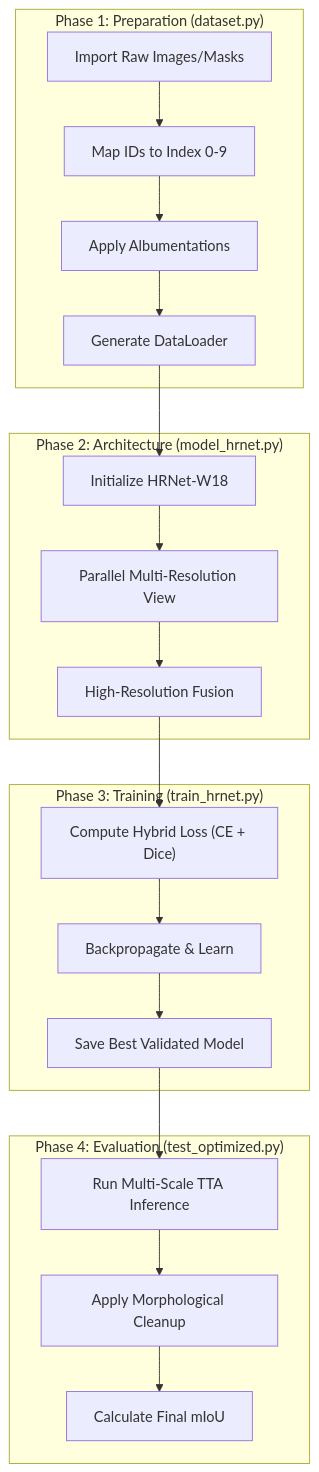
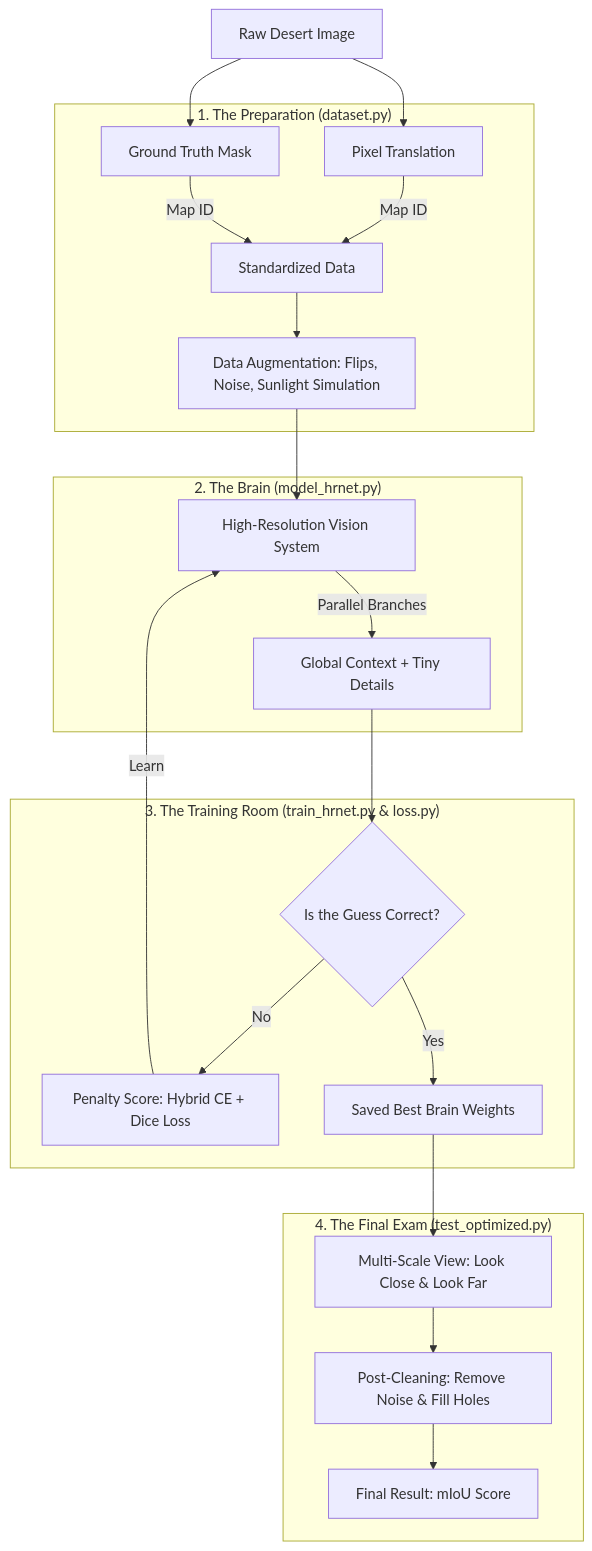
Before and after one commit to Bit-Blitz/Falcon-Segmentation-Model: the diagram in README.md, drawn with Mermaid. The commit also changed other lines of this file, not shown here.

Commit message:
manual update to flowchart in README

````diff
--- a/README.md
+++ b/README.md
@@ -19,26 +19,29 @@
 ```mermaid
 graph TD
-    subgraph "Phase 1: Preparation (dataset.py)"
-        A1["Import Raw Images/Masks"] --> A2["Map IDs to Index 0-9"]
-        A2 --> A3["Apply Albumentations"]
-        A3 --> A4["Generate DataLoader"]
+    A[Raw Desert Image] --> B[Pixel Translation]
+    A --> C[Ground Truth Mask]
+    
+    subgraph "1. The Preparation (dataset.py)"
+    B -->|Map ID | D[Standardized Data]
+    C -->|Map ID | D
+    D --> E[Data Augmentation: Flips, Noise, Sunlight Simulation]
     end
 
-    subgraph "Phase 2: Architecture (model_hrnet.py)"
-        A4 --> B1["Initialize HRNet-W18"]
-        B1 --> B2["Parallel Multi-Resolution View"]
-        B2 --> B3["High-Resolution Fusion"]
+    subgraph "2. The Brain (model_hrnet.py)"
+    E --> F[High-Resolution Vision System]
+    F -->|Parallel Branches| G[Global Context + Tiny Details]
     end
 
-    subgraph "Phase 3: Training (train_hrnet.py)"
-        B3 --> C1["Compute Hybrid Loss (CE + Dice)"]
-        C1 --> C2["Backpropagate & Learn"]
-        C2 --> C3["Save Best Validated Model"]
+    subgraph "3. The Training Room (train_hrnet.py & loss.py)"
+    G --> H{Is the Guess Correct?}
+    H -->|No| I[Penalty Score: Hybrid CE + Dice Loss]
+    I -->|Learn| F
+    H -->|Yes| J[Saved Best Brain Weights]
     end
 
-    subgraph "Phase 4: Evaluation (test_optimized.py)"
-        C3 --> D1["Run Multi-Scale TTA Inference"]
-        D1 --> D2["Apply Morphological Cleanup"]
-        D2 --> D3["Calculate Final mIoU"]
+    subgraph "4. The Final Exam (test_optimized.py)"
+    J --> K[Multi-Scale View: Look Close & Look Far]
+    K --> L[Post-Cleaning: Remove Noise & Fill Holes]
+    L --> M[Final Result: mIoU Score]
     end
 ```
````
